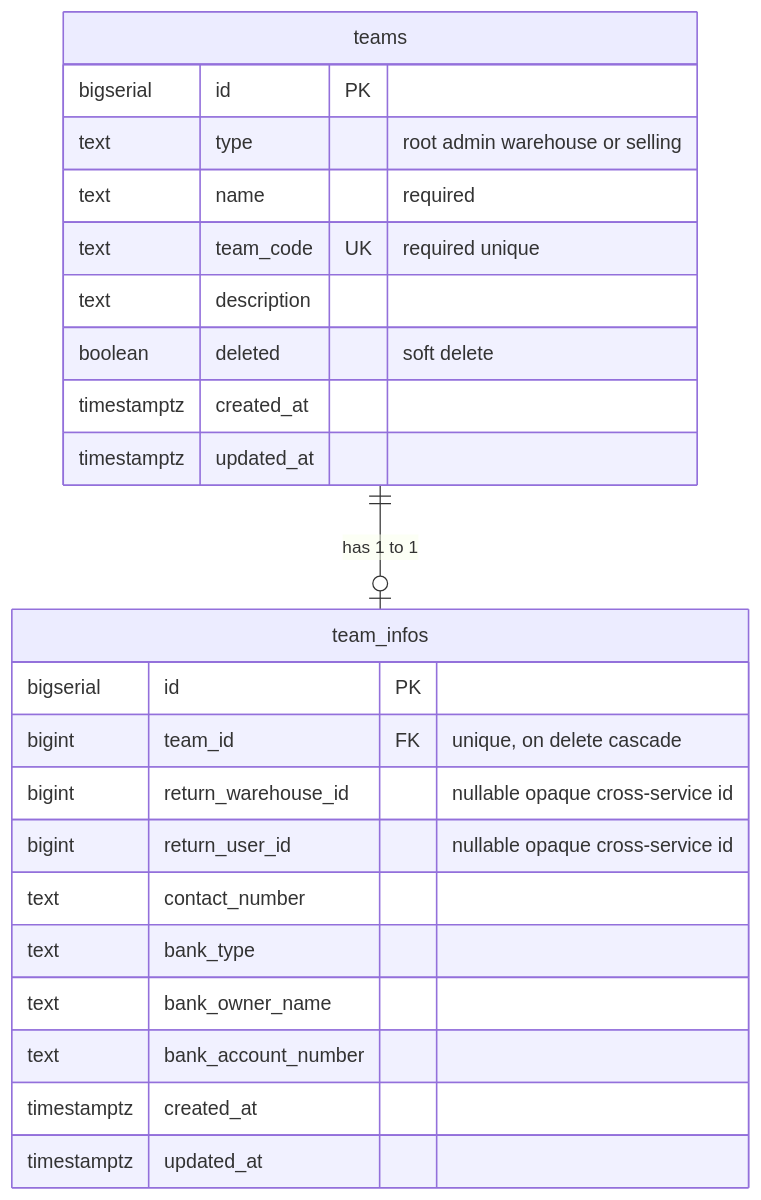
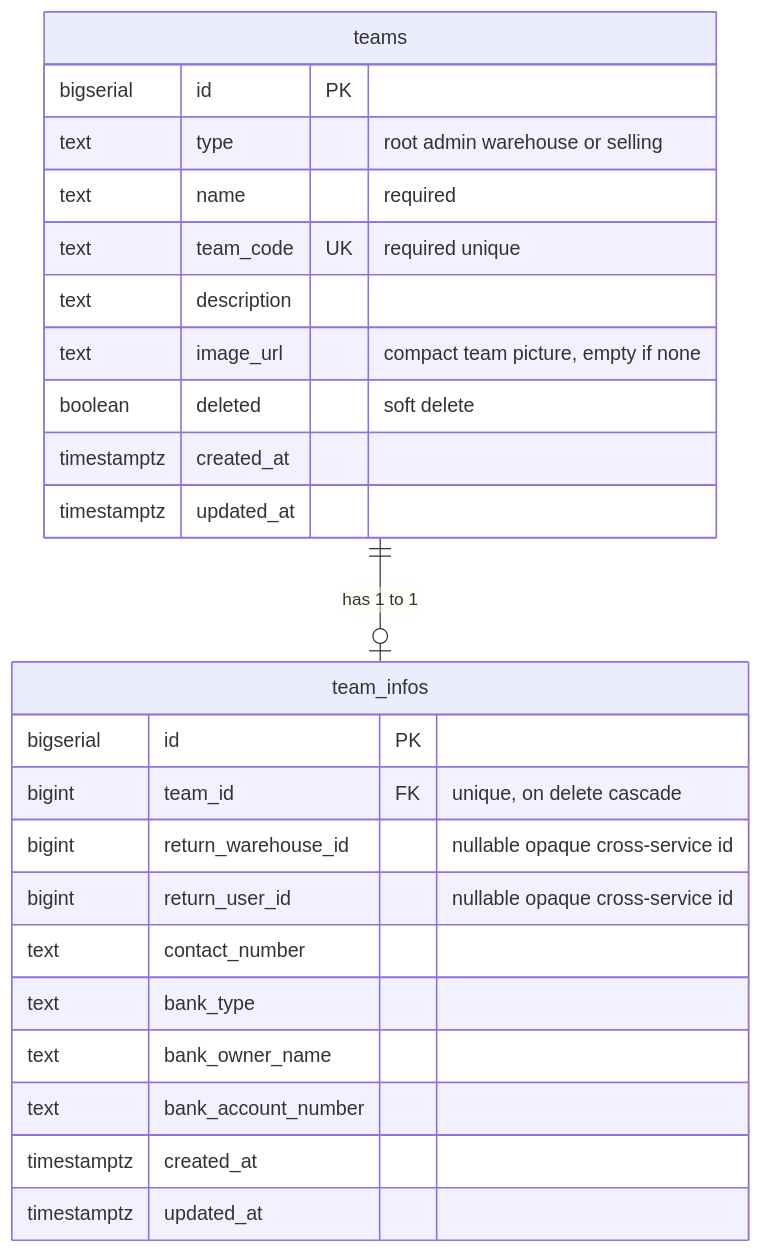
The first of 7 diagrams in docs/database-schema.md (pdcgo/warehouse_revamp), drawn with Mermaid before and after one commit. The commit also changed 16 other files, not shown here.

First line of the commit message:
feat: team profile image + team Settings page (#43, #44)

````diff
--- a/docs/database-schema.md
+++ b/docs/database-schema.md
@@ -18,28 +18,29 @@
 ```mermaid
 erDiagram
     teams ||--o| team_infos : "has 1 to 1"
 
     teams {
         bigserial   id          PK
         text        type        "root admin warehouse or selling"
         text        name        "required"
         text        team_code   UK "required unique"
         text        description
+        text        image_url   "compact team picture, empty if none"
         boolean     deleted     "soft delete"
         timestamptz created_at
         timestamptz updated_at
     }
 
     team_infos {
         bigserial   id                  PK
         bigint      team_id             FK "unique, on delete cascade"
         bigint      return_warehouse_id "nullable opaque cross-service id"
         bigint      return_user_id      "nullable opaque cross-service id"
         text        contact_number
         text        bank_type
         text        bank_owner_name
         text        bank_account_number
         timestamptz created_at
         timestamptz updated_at
     }
 ```
````
